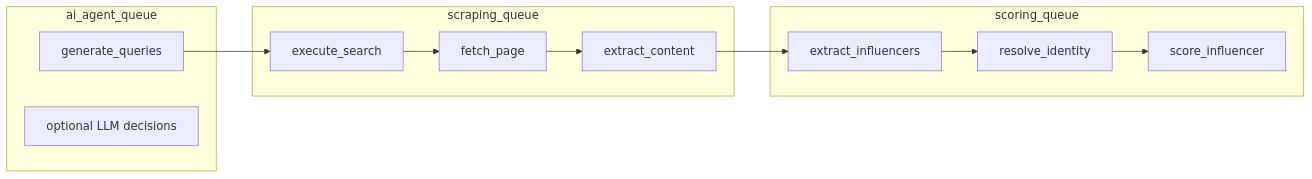
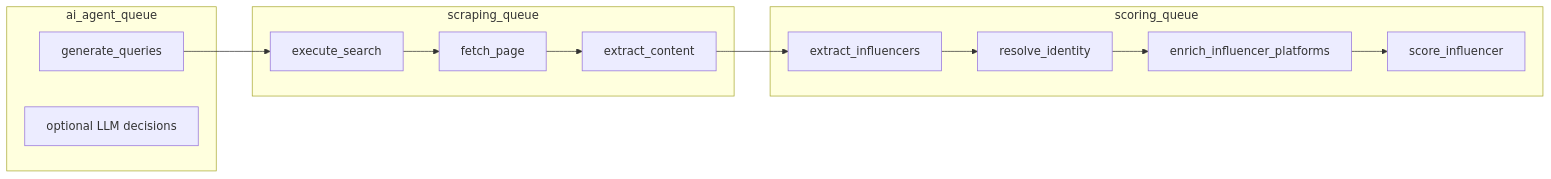
One commit to md-tonmoy007/InfluenceIQ changed diagram 11 of 11 in docs/pipeline-flow-architecture.md. Above: the diagram before and after it, drawn with Mermaid. The commit also changed other lines of this file and 1 other file, not shown here.

````diff
--- a/docs/pipeline-flow-architecture.md
+++ b/docs/pipeline-flow-architecture.md
@@ -292,26 +369,28 @@
 ```mermaid
 flowchart LR
     subgraph ai["ai_agent_queue"]
         GQ["generate_queries"]
         LLM["optional LLM decisions"]
     end
 
     subgraph scrape["scraping_queue"]
         ES["execute_search"]
         FP["fetch_page"]
         EC["extract_content"]
     end
 
     subgraph score_q["scoring_queue"]
         EI["extract_influencers"]
         RI["resolve_identity"]
+        EN["enrich_influencer_platforms"]
         SI["score_influencer"]
     end
 
     GQ --> ES
     ES --> FP
     FP --> EC
     EC --> EI
     EI --> RI
-    RI --> SI
+    RI --> EN
+    EN --> SI
 ```
````
